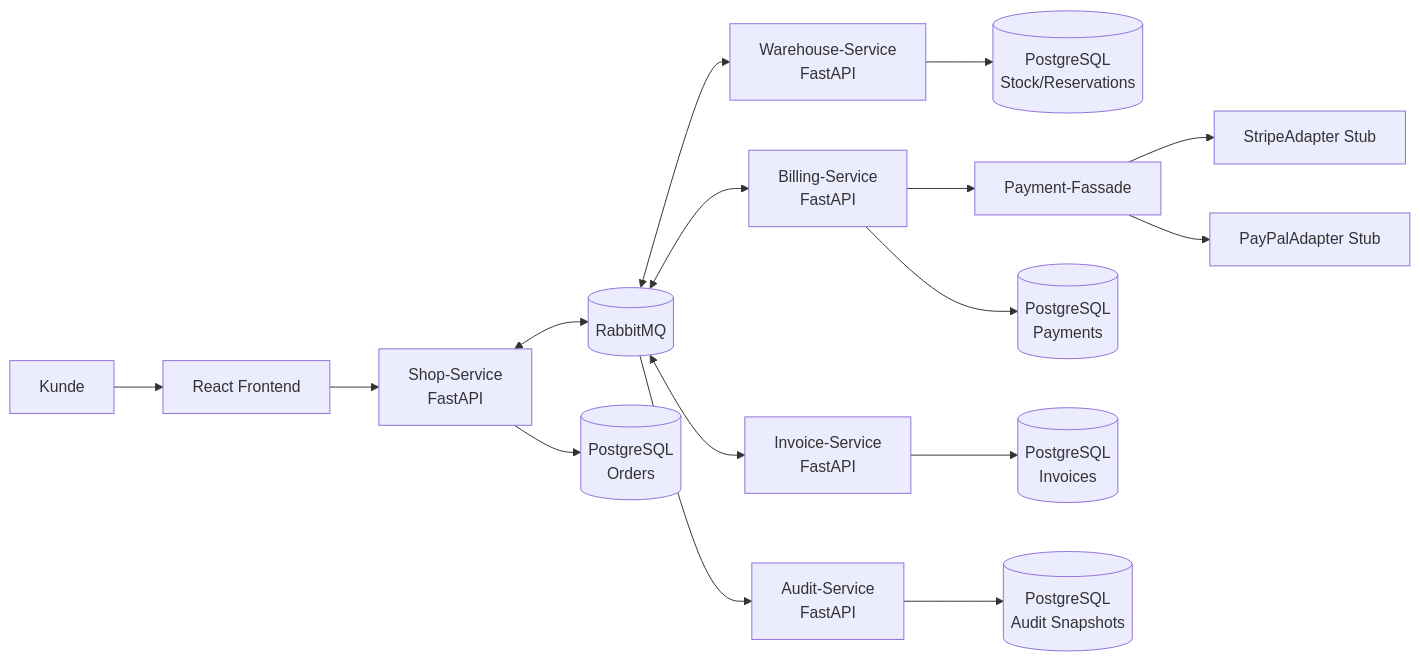
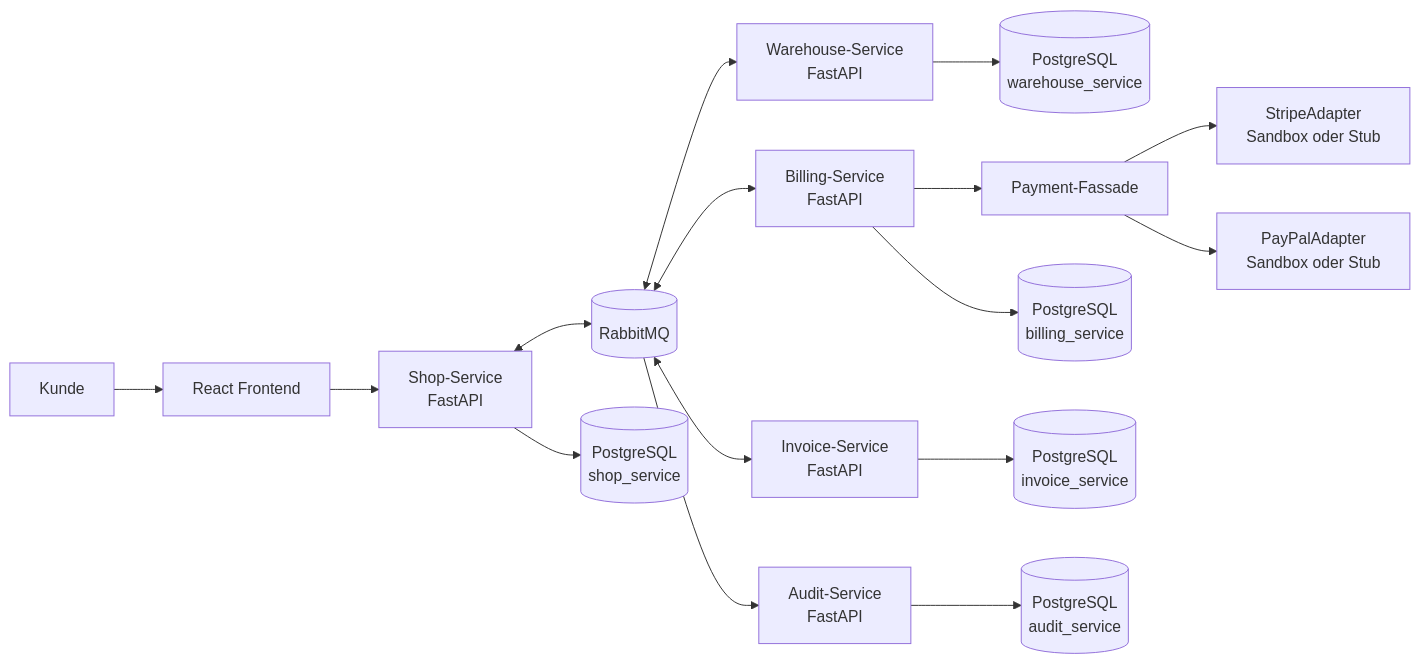
One commit to chips199/webshop-vse changed the second of 4 diagrams in docs/architecture.md. Above: the diagram before and after it, drawn with Mermaid. The commit also changed other lines of this file and 41 other files, not shown here.

````diff
--- a/docs/architecture.md
+++ b/docs/architecture.md
@@ -35,21 +35,21 @@
 ```mermaid
 flowchart LR
     Customer[Kunde] --> React[React Frontend]
     React --> Shop[Shop-Service<br/>FastAPI]
 
     Shop <--> Rabbit[(RabbitMQ)]
     Rabbit <--> Warehouse[Warehouse-Service<br/>FastAPI]
     Rabbit <--> Billing[Billing-Service<br/>FastAPI]
     Rabbit <--> Invoice[Invoice-Service<br/>FastAPI]
     Rabbit --> Audit[Audit-Service<br/>FastAPI]
 
     Billing --> Facade[Payment-Fassade]
-    Facade --> Stripe[StripeAdapter Stub]
-    Facade --> PayPal[PayPalAdapter Stub]
+    Facade --> Stripe[StripeAdapter<br/>Sandbox oder Stub]
+    Facade --> PayPal[PayPalAdapter<br/>Sandbox oder Stub]
 
-    Audit --> AuditDb[(PostgreSQL<br/>Audit Snapshots)]
-    Shop --> ShopDb[(PostgreSQL<br/>Orders)]
-    Warehouse --> WarehouseDb[(PostgreSQL<br/>Stock/Reservations)]
-    Billing --> BillingDb[(PostgreSQL<br/>Payments)]
-    Invoice --> InvoiceDb[(PostgreSQL<br/>Invoices)]
+    Audit --> AuditDb[(PostgreSQL<br/>audit_service)]
+    Shop --> ShopDb[(PostgreSQL<br/>shop_service)]
+    Warehouse --> WarehouseDb[(PostgreSQL<br/>warehouse_service)]
+    Billing --> BillingDb[(PostgreSQL<br/>billing_service)]
+    Invoice --> InvoiceDb[(PostgreSQL<br/>invoice_service)]
 ```
````
